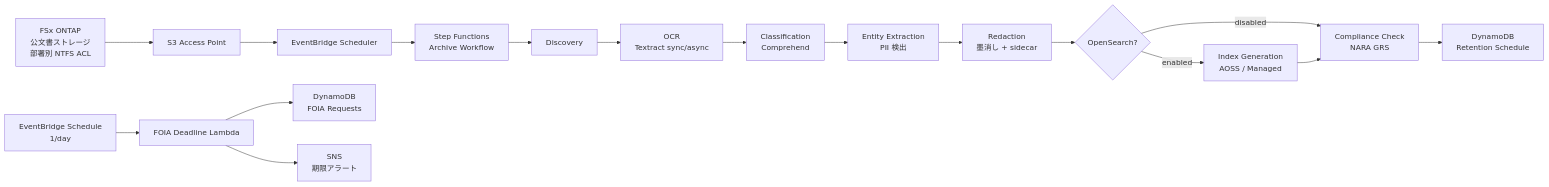
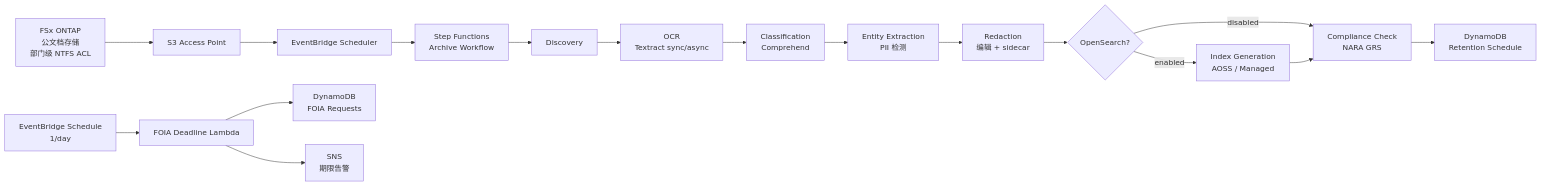
The diagram in government-archives/docs/architecture.zh-CN.md (Yoshiki0705/FSx-for-ONTAP-S3AccessPoints-Serverless-Patterns), drawn with Mermaid before and after one commit. The commit also changed other lines of this file and 13 other files, not shown here.

````diff
--- a/government-archives/docs/architecture.zh-CN.md
+++ b/government-archives/docs/architecture.zh-CN.md
@@ -15,20 +15,20 @@
 ```mermaid
 graph LR
-    FSx[FSx ONTAP<br/>公文書ストレージ<br/>部署別 NTFS ACL] --> S3AP[S3 Access Point]
+    FSx[FSx ONTAP<br/>公文档存储<br/>部门级 NTFS ACL] --> S3AP[S3 Access Point]
     S3AP --> EB[EventBridge Scheduler]
     EB --> SFN[Step Functions<br/>Archive Workflow]
     SFN --> L1[Discovery]
     L1 --> L2[OCR<br/>Textract sync/async]
     L2 --> L3[Classification<br/>Comprehend]
-    L3 --> L4[Entity Extraction<br/>PII 検出]
-    L4 --> L5[Redaction<br/>墨消し + sidecar]
+    L3 --> L4[Entity Extraction<br/>PII 检测]
+    L4 --> L5[Redaction<br/>编辑 + sidecar]
     L5 --> C{OpenSearch?}
     C -->|enabled| L6[Index Generation<br/>AOSS / Managed]
     C -->|disabled| L7
     L6 --> L7[Compliance Check<br/>NARA GRS]
     L7 --> DDB[DynamoDB<br/>Retention Schedule]
 
     FD[EventBridge Schedule<br/>1/day] --> FL[FOIA Deadline Lambda]
     FL --> FDB[DynamoDB<br/>FOIA Requests]
-    FL --> SNS[SNS<br/>期限アラート]
+    FL --> SNS[SNS<br/>期限告警]
 ```
````
